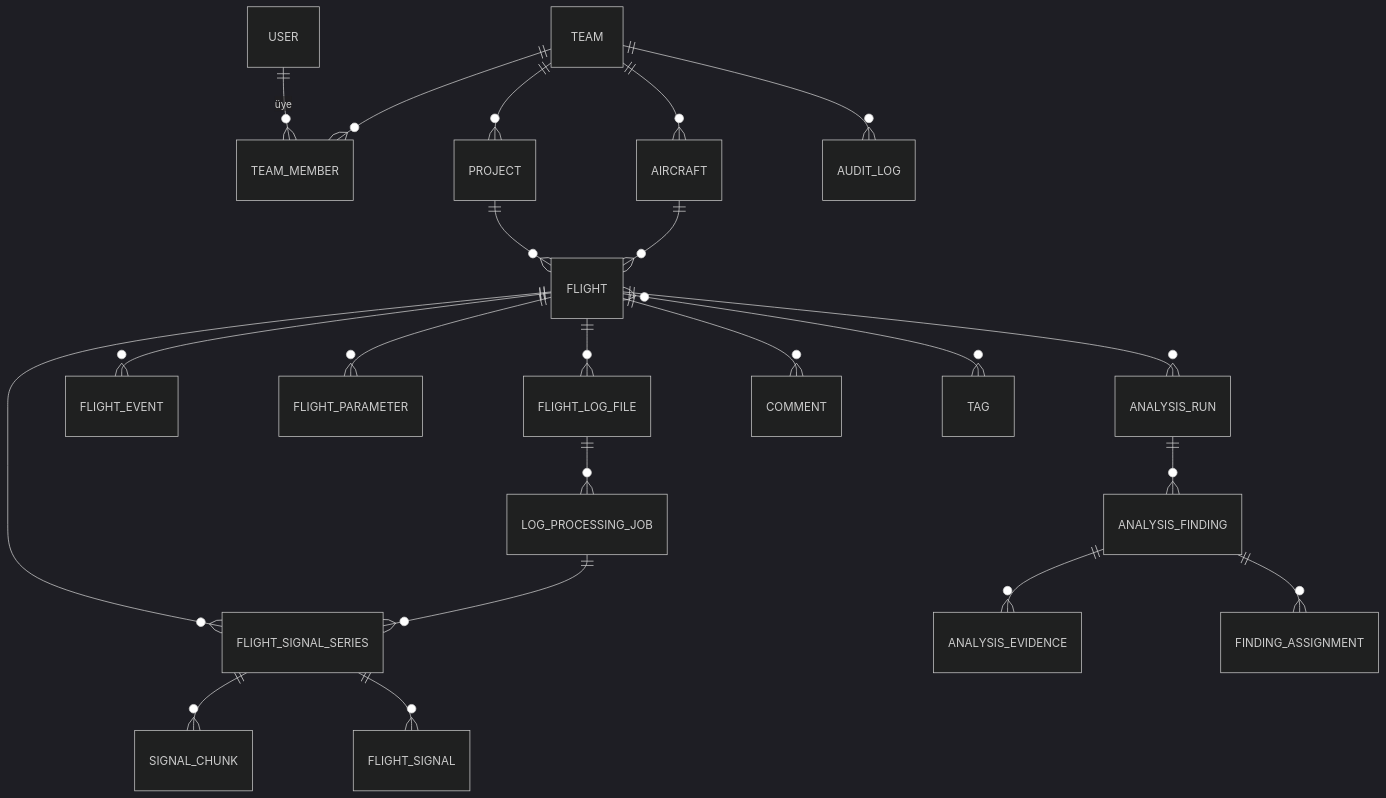
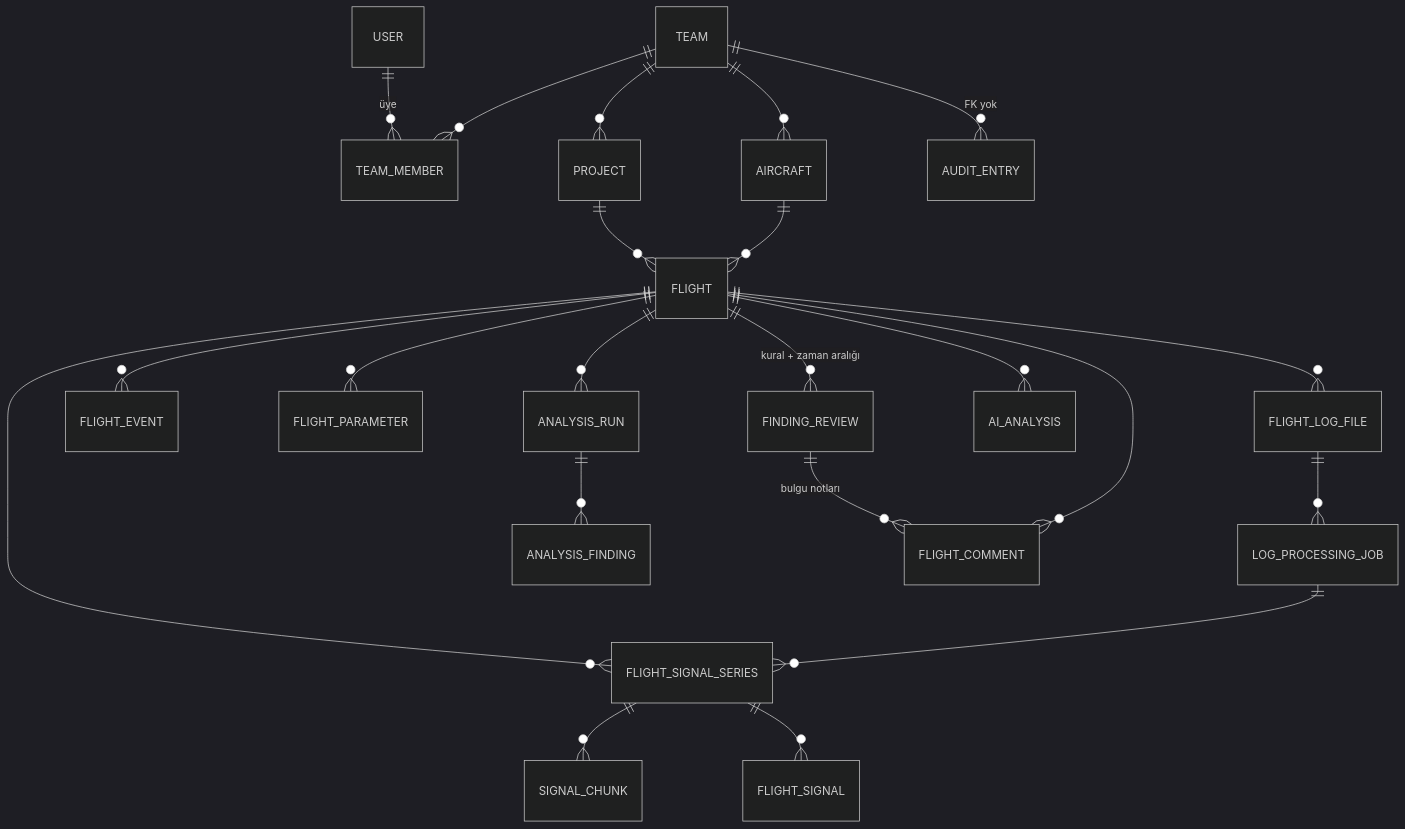
The second of 4 diagrams in docs/architecture.md (mustafaklee/flight-log-analyzer), drawn with Mermaid (dark theme) before and after one commit. The commit also changed other lines of this file and 84 other files, not shown here.

Commit message:
Stage 7: collaboration, audit log, flight comparison and exports

````diff
--- a/docs/architecture.md
+++ b/docs/architecture.md
@@ -94,24 +94,24 @@
 ```mermaid
 erDiagram
     USER ||--o{ TEAM_MEMBER : "üye"
     TEAM ||--o{ TEAM_MEMBER : ""
     TEAM ||--o{ PROJECT : ""
     TEAM ||--o{ AIRCRAFT : ""
     PROJECT ||--o{ FLIGHT : ""
     AIRCRAFT ||--o{ FLIGHT : ""
     FLIGHT ||--o{ FLIGHT_LOG_FILE : ""
     FLIGHT_LOG_FILE ||--o{ LOG_PROCESSING_JOB : ""
     FLIGHT ||--o{ FLIGHT_SIGNAL_SERIES : ""
     LOG_PROCESSING_JOB ||--o{ FLIGHT_SIGNAL_SERIES : ""
     FLIGHT_SIGNAL_SERIES ||--o{ SIGNAL_CHUNK : ""
     FLIGHT_SIGNAL_SERIES ||--o{ FLIGHT_SIGNAL : ""
     FLIGHT ||--o{ FLIGHT_EVENT : ""
     FLIGHT ||--o{ FLIGHT_PARAMETER : ""
     FLIGHT ||--o{ ANALYSIS_RUN : ""
     ANALYSIS_RUN ||--o{ ANALYSIS_FINDING : ""
-    ANALYSIS_FINDING ||--o{ ANALYSIS_EVIDENCE : ""
-    ANALYSIS_FINDING ||--o{ FINDING_ASSIGNMENT : ""
-    FLIGHT ||--o{ COMMENT : ""
-    FLIGHT }o--o{ TAG : ""
-    TEAM ||--o{ AUDIT_LOG : ""
+    FLIGHT ||--o{ FINDING_REVIEW : "kural + zaman aralığı"
+    FINDING_REVIEW ||--o{ FLIGHT_COMMENT : "bulgu notları"
+    FLIGHT ||--o{ FLIGHT_COMMENT : ""
+    FLIGHT ||--o{ AI_ANALYSIS : ""
+    TEAM ||--o{ AUDIT_ENTRY : "FK yok"
 ```
````
